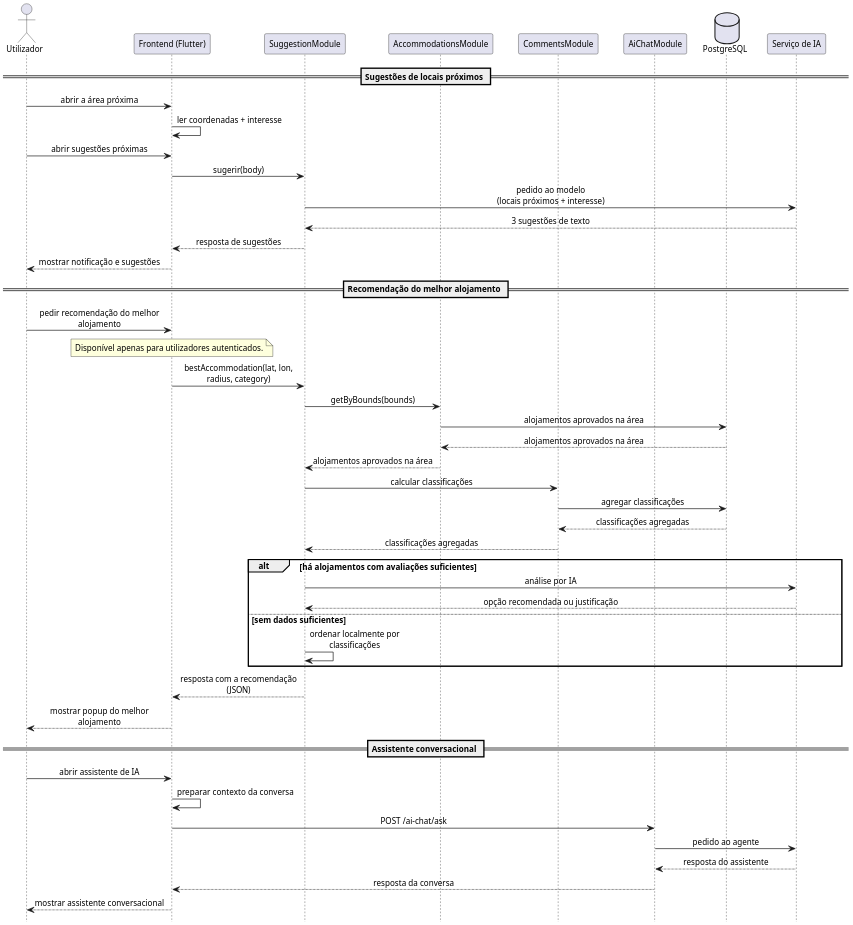
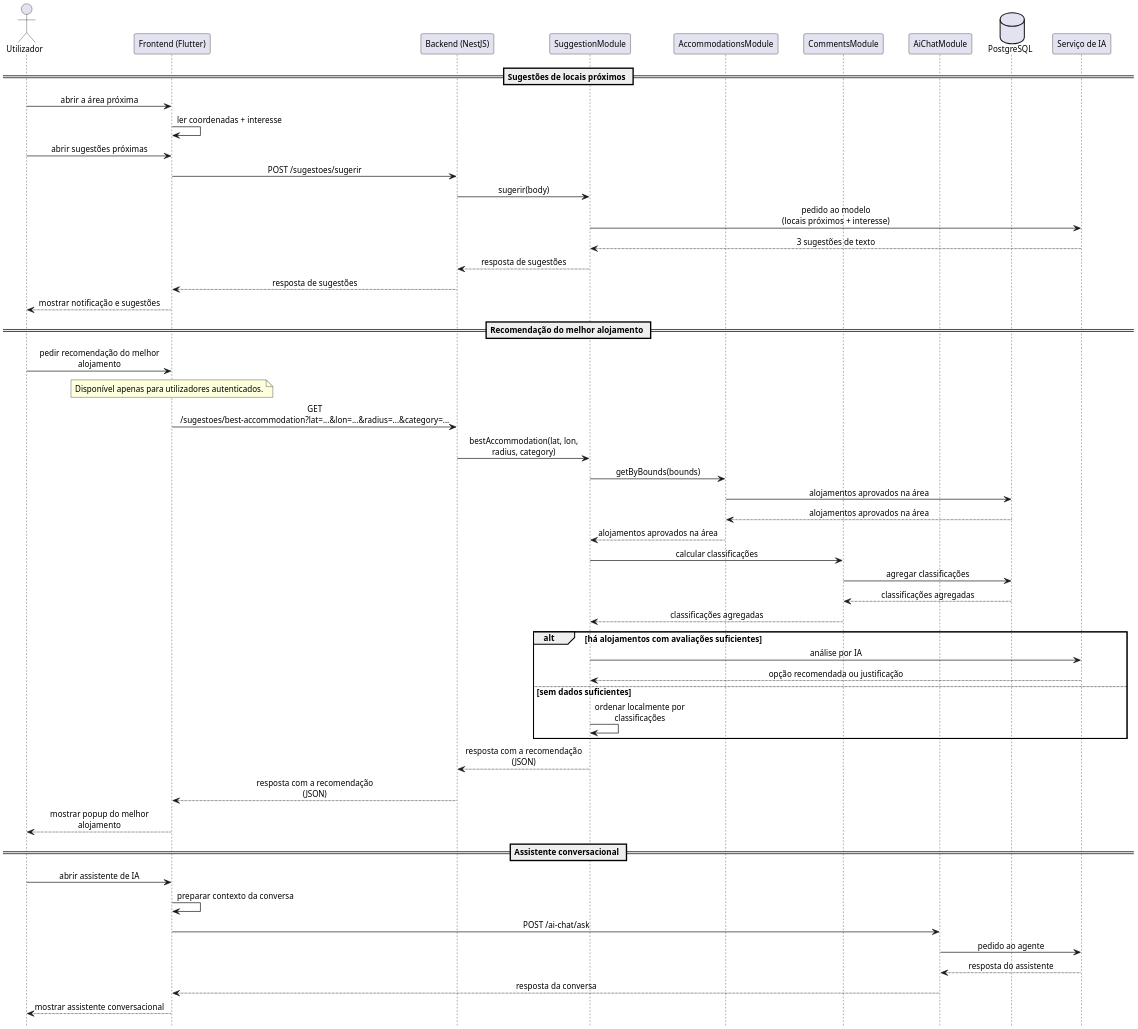
Before and after one commit to alegna83/cookbook-be: the diagram in docs/diagrams/communication-suggestions-flow.puml, drawn with PlantUML. The commit also changed 1 other file, not shown here.

Commit message:
communication-suggestions-flow

```diff
--- a/docs/diagrams/communication-suggestions-flow.puml
+++ b/docs/diagrams/communication-suggestions-flow.puml
@@ -1,69 +1,74 @@
 @startuml
 hide footbox
 skinparam defaultFontName Arial
 skinparam defaultFontSize 12
 skinparam dpi 190
 skinparam maxMessageSize 200
 skinparam sequence {
   ParticipantPadding 14
   BoxPadding 8
   MessageAlign center
   ArrowThickness 1
 }
 
 actor Utilizador
 participant "Frontend (Flutter)" as FE
+participant "Backend (NestJS)" as BE
 participant "SuggestionModule" as SuggestionsModule
 participant "AccommodationsModule" as AccommodationsModule
 participant "CommentsModule" as CommentsModule
 participant "AiChatModule" as AiChatModule
 database "PostgreSQL" as DB
 participant "Serviço de IA" as AI
 
 == Sugestões de locais próximos ==
 
 Utilizador -> FE : abrir a área próxima
 FE -> FE : ler coordenadas + interesse
 
 Utilizador -> FE : abrir sugestões próximas
-FE -> SuggestionsModule : sugerir(body)
+FE -> BE : POST /sugestoes/sugerir
+BE -> SuggestionsModule : sugerir(body)
 SuggestionsModule -> AI : pedido ao modelo\n(locais próximos + interesse)
 AI --> SuggestionsModule : 3 sugestões de texto
-SuggestionsModule --> FE : resposta de sugestões
+SuggestionsModule --> BE : resposta de sugestões
+BE --> FE : resposta de sugestões
 FE --> Utilizador : mostrar notificação e sugestões
 
 == Recomendação do melhor alojamento ==
 
 Utilizador -> FE : pedir recomendação do melhor alojamento
 note over FE
 Disponível apenas para utilizadores autenticados.
 end note
-FE -> SuggestionsModule : bestAccommodation(lat, lon, radius, category)
+FE -> BE : GET /sugestoes/best-accommodation?lat=...&lon=...&radius=...&category=...
+BE -> SuggestionsModule : bestAccommodation(lat, lon, radius, category)
 SuggestionsModule -> AccommodationsModule : getByBounds(bounds)
 AccommodationsModule -> DB : alojamentos aprovados na área
 DB --> AccommodationsModule : alojamentos aprovados na área
 AccommodationsModule --> SuggestionsModule : alojamentos aprovados na área
 SuggestionsModule -> CommentsModule : calcular classificações
 CommentsModule -> DB : agregar classificações
 DB --> CommentsModule : classificações agregadas
 CommentsModule --> SuggestionsModule : classificações agregadas
 alt há alojamentos com avaliações suficientes
   SuggestionsModule -> AI : análise por IA
   AI --> SuggestionsModule : opção recomendada ou justificação
 else sem dados suficientes
   SuggestionsModule -> SuggestionsModule : ordenar localmente por classificações
 end
-SuggestionsModule --> FE : resposta com a recomendação (JSON)
+SuggestionsModule --> BE : resposta com a recomendação (JSON)
+BE --> FE : resposta com a recomendação (JSON)
 FE --> Utilizador : mostrar popup do melhor alojamento
 
 == Assistente conversacional ==
 
 Utilizador -> FE : abrir assistente de IA
 FE -> FE : preparar contexto da conversa
 FE -> AiChatModule : POST /ai-chat/ask
 AiChatModule -> AI : pedido ao agente
 AI --> AiChatModule : resposta do assistente
 AiChatModule --> FE : resposta da conversa
 FE --> Utilizador : mostrar assistente conversacional
 
 @enduml
```
